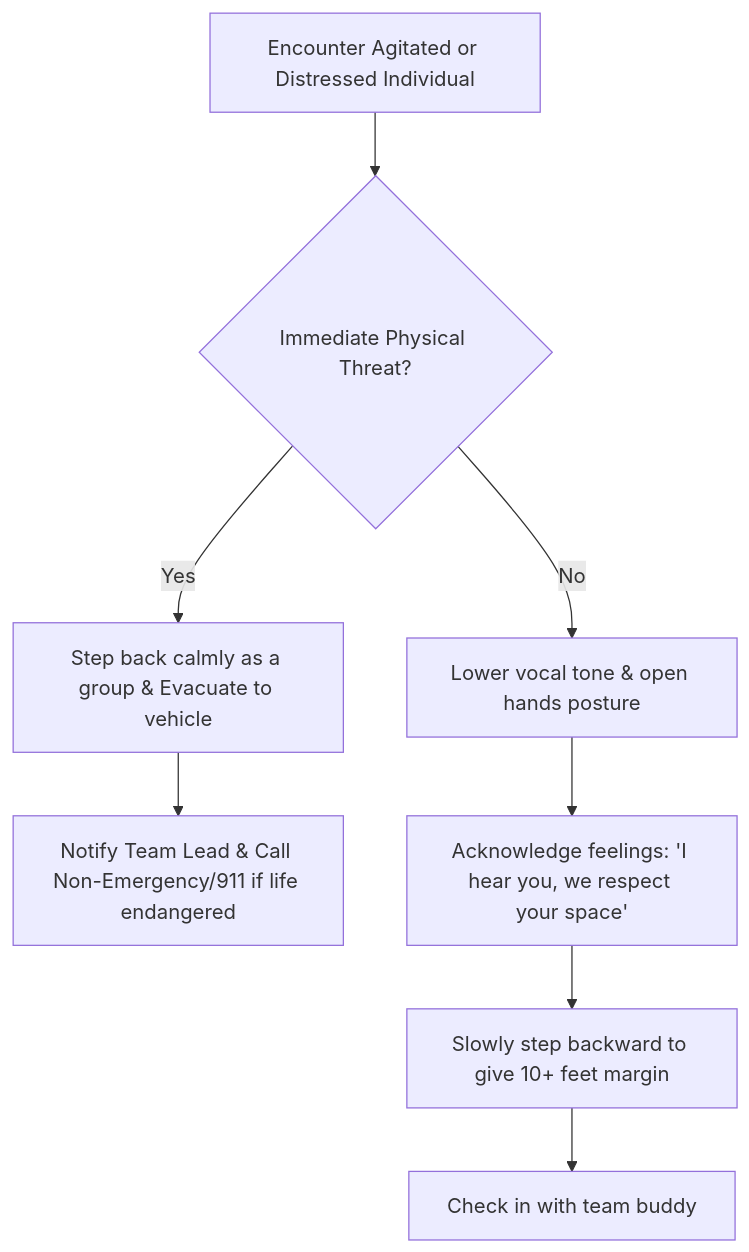
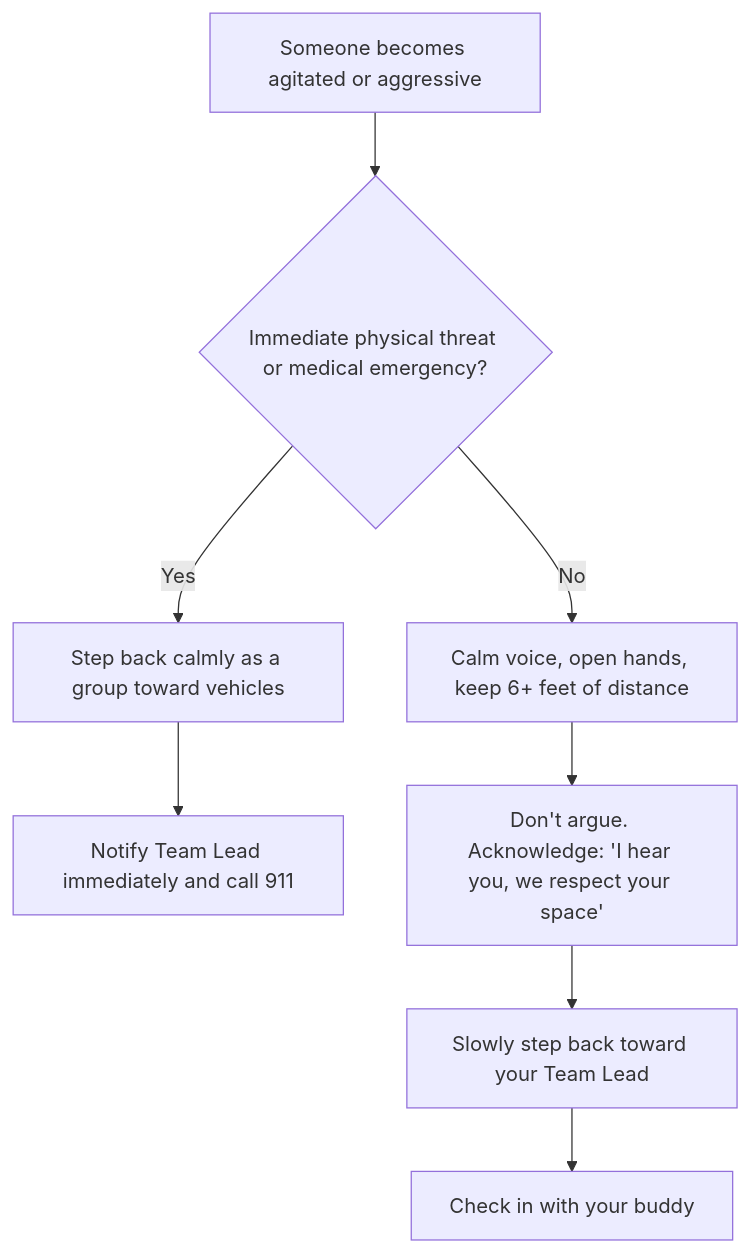
One commit to mcornelio-gm/street-ministry changed the diagram in Documents/Guides/volunteer-guide.md. Above: the diagram before and after it, drawn with Mermaid. The commit also changed other lines of this file and 20 other files, not shown here.

````diff
--- a/Documents/Guides/volunteer-guide.md
+++ b/Documents/Guides/volunteer-guide.md
@@ -43,10 +77,10 @@
 ```mermaid
 flowchart TD
-    A[Encounter Agitated or Distressed Individual] --> B{Immediate Physical Threat?}
-    B -- Yes --> C[Step back calmly as a group & Evacuate to vehicle]
-    C --> D[Notify Team Lead & Call Non-Emergency/911 if life endangered]
-    B -- No --> E[Lower vocal tone & open hands posture]
-    E --> F[Acknowledge feelings: 'I hear you, we respect your space']
-    F --> G[Slowly step backward to give 10+ feet margin]
-    G --> H[Check in with team buddy]
+    A[Someone becomes agitated or aggressive] --> B{Immediate physical threat or medical emergency?}
+    B -- Yes --> C[Step back calmly as a group toward vehicles]
+    C --> D[Notify Team Lead immediately and call 911]
+    B -- No --> E[Calm voice, open hands, keep 6+ feet of distance]
+    E --> F["Don't argue. Acknowledge: 'I hear you, we respect your space'"]
+    F --> G[Slowly step back toward your Team Lead]
+    G --> H[Check in with your buddy]
 ```
````
